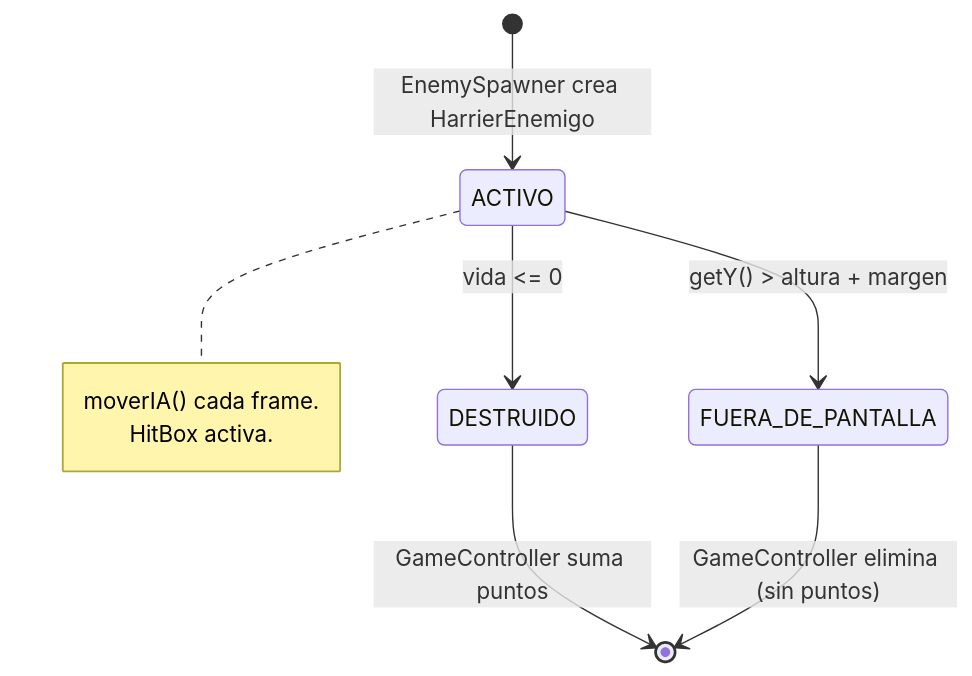
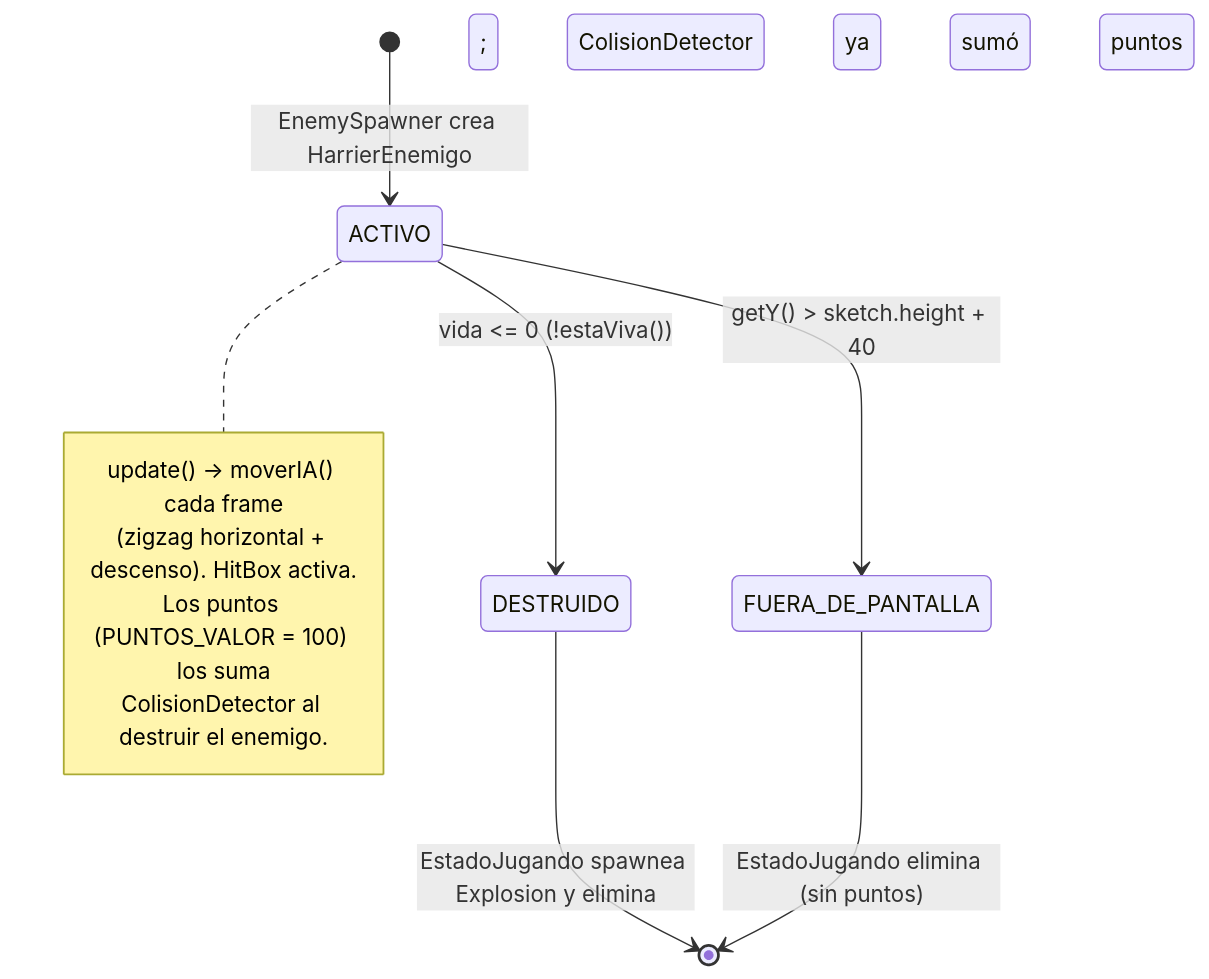
One commit to Christian-Rojas-Rodriguez/juego-1982 changed the fourth of 4 diagrams in docs/v1/diseño/diagramas-estado.md. Above: the diagram before and after it, drawn with Mermaid. The commit also changed other lines of this file and 12 other files, not shown here.

First line of the commit message:
fix+docs: sincronizar diagramas v1 con el codigo, fixes de auditoria y warnings

````diff
--- a/docs/v1/diseño/diagramas-estado.md
+++ b/docs/v1/diseño/diagramas-estado.md
@@ -80,15 +106,17 @@
 ```mermaid
 stateDiagram-v2
     [*] --> ACTIVO : EnemySpawner crea HarrierEnemigo
 
-    ACTIVO --> DESTRUIDO : vida <= 0
-    ACTIVO --> FUERA_DE_PANTALLA : getY() > altura + margen
+    ACTIVO --> DESTRUIDO : vida <= 0 (!estaViva())
+    ACTIVO --> FUERA_DE_PANTALLA : getY() > sketch.height + 40
 
-    DESTRUIDO --> [*] : GameController suma puntos
-    FUERA_DE_PANTALLA --> [*] : GameController elimina (sin puntos)
+    DESTRUIDO --> [*] : EstadoJugando spawnea Explosion y elimina; ColisionDetector ya sumó puntos
+    FUERA_DE_PANTALLA --> [*] : EstadoJugando elimina (sin puntos)
 
     note right of ACTIVO
-        moverIA() cada frame.
-        HitBox activa.
+        update() → moverIA() cada frame
+        (zigzag horizontal + descenso). HitBox activa.
+        Los puntos (PUNTOS_VALOR = 100) los suma
+        ColisionDetector al destruir el enemigo.
     end note
 ```
````
